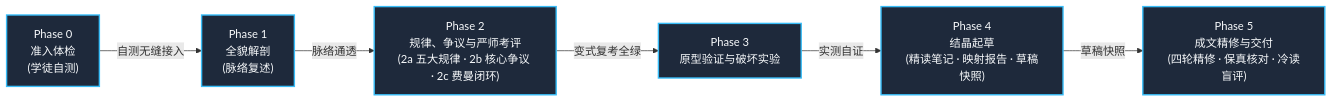
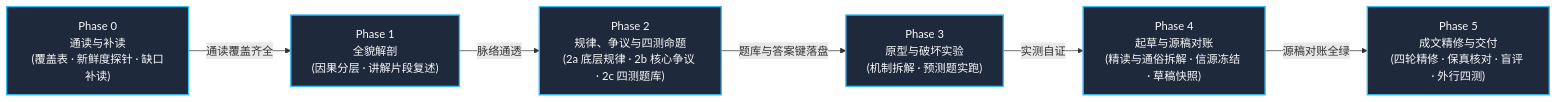
The diagram in assets/mermaid/six-phase-autonomous-pipeline.mmd (ThreeFish-AI/guided-learn), drawn with Mermaid before and after one commit. The commit also changed 30 other files, not shown here.

```diff
--- a/assets/mermaid/six-phase-autonomous-pipeline.mmd
+++ b/assets/mermaid/six-phase-autonomous-pipeline.mmd
@@ -1,14 +1,15 @@
 %% source: SKILL.md §工作流规约（六阶段自治演进流水线）
 %% slug: six-phase-autonomous-pipeline
 %% type: flowchart LR
 %% derived: archify workflow v2 -> assets/architecture/six-phase-autonomous-pipeline.html
 %% fix: 新增 Phase 5 成文精修与交付；Phase 2 的 2a/2b/2c 折叠为单节点子标签以满足 archify col 0..5 约束
+%% fix: 唯一交付物改造——P0 通读与补读、P2 四测命题、P4 起草与源稿对账、P5 盲评与外行四测（@ HEAD 83dd68b 改写）
 flowchart LR
-    P0["Phase 0<br/>准入体检<br/>(学徒自测)"] -->|自测无缝接入| P1["Phase 1<br/>全貌解剖<br/>(脉络复述)"]
-    P1 -->|脉络通透| P2["Phase 2<br/>规律、争议与严师考评<br/>(2a 五大规律 · 2b 核心争议 · 2c 费曼闭环)"]
-    P2 -->|变式复考全绿| P3["Phase 3<br/>原型验证与破坏实验"]
-    P3 -->|实测自证| P4["Phase 4<br/>结晶起草<br/>(精读笔记 · 映射报告 · 草稿快照)"]
-    P4 -->|草稿快照| P5["Phase 5<br/>成文精修与交付<br/>(四轮精修 · 保真核对 · 冷读盲评)"]
+    P0["Phase 0<br/>通读与补读<br/>(覆盖表 · 新鲜度探针 · 缺口补读)"] -->|通读覆盖齐全| P1["Phase 1<br/>全貌解剖<br/>(因果分层 · 讲解片段复述)"]
+    P1 -->|脉络通透| P2["Phase 2<br/>规律、争议与四测命题<br/>(2a 底层规律 · 2b 核心争议 · 2c 四测题库)"]
+    P2 -->|题库与答案键落盘| P3["Phase 3<br/>原型与破坏实验<br/>(机制拆解 · 预测题实跑)"]
+    P3 -->|实测自证| P4["Phase 4<br/>起草与源稿对账<br/>(精读与通俗拆解 · 信源冻结 · 草稿快照)"]
+    P4 -->|源稿对账全绿| P5["Phase 5<br/>成文精修与交付<br/>(四轮精修 · 保真核对 · 盲评 · 外行四测)"]
 
     classDef phase fill:#1e293b,stroke:#38bdf8,stroke-width:2px,color:#f8fafc;
     class P0,P1,P2,P3,P4,P5 phase;
```
